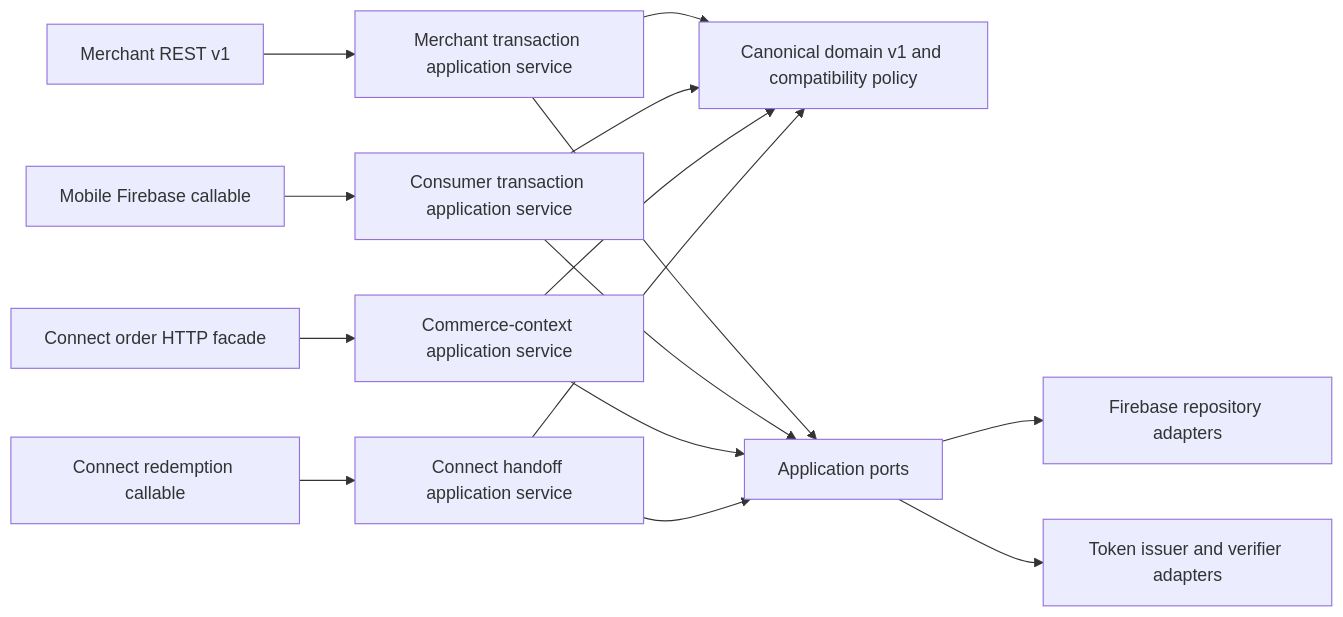
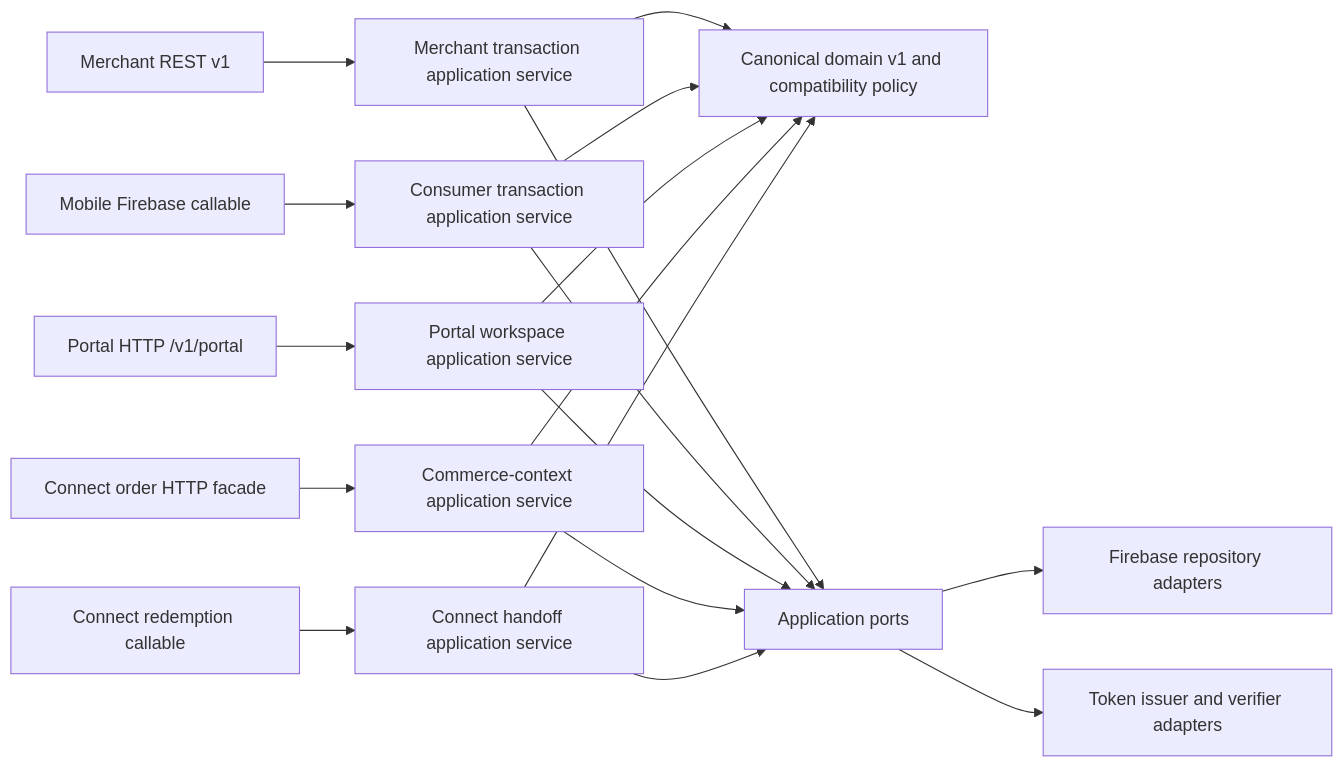
Before and after one commit to thepackproof/repo: the diagram in docs/architecture/APPLICATION_SERVICES_V1.md, drawn with Mermaid. The commit also changed other lines of this file and 110 other files, not shown here.

````diff
--- a/docs/architecture/APPLICATION_SERVICES_V1.md
+++ b/docs/architecture/APPLICATION_SERVICES_V1.md
@@ -9,19 +9,22 @@
 ```mermaid
 flowchart LR
   Rest["Merchant REST v1"] --> Merchant["Merchant transaction application service"]
   Callable["Mobile Firebase callable"] --> Consumer["Consumer transaction application service"]
+  PortalHttp["Portal HTTP /v1/portal"] --> Portal["Portal workspace application service"]
   ConnectHttp["Connect order HTTP facade"] --> Context["Commerce-context application service"]
   ConnectCallable["Connect redemption callable"] --> Handoff["Connect handoff application service"]
 
   Merchant --> Domain["Canonical domain v1 and compatibility policy"]
   Consumer --> Domain
+  Portal --> Domain
   Context --> Domain
   Handoff --> Domain
 
   Merchant --> Ports["Application ports"]
   Consumer --> Ports
+  Portal --> Ports
   Context --> Ports
   Handoff --> Ports
   Ports --> Firebase["Firebase repository adapters"]
   Ports --> Crypto["Token issuer and verifier adapters"]
 ```
````
